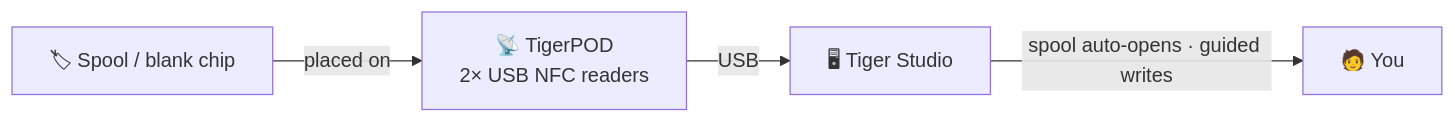
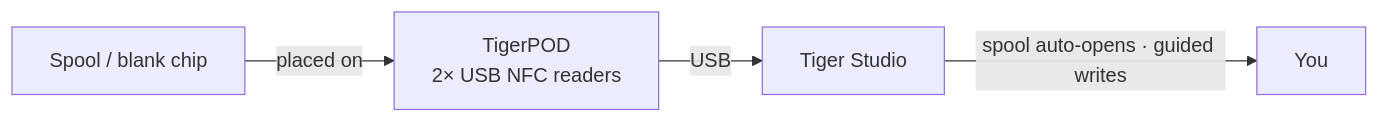
The diagram in docs/products/tigerpod.md (TigerTag-Project/TigerSystem-Docs), drawn with Mermaid before and after one commit. The commit also changed other lines of this file and 56 other files, not shown here.

````diff
--- a/docs/products/tigerpod.md
+++ b/docs/products/tigerpod.md
@@ -18,6 +18,6 @@
 ```mermaid
 flowchart LR
-    TAG["🏷 Spool / blank chip"] -- "placed on" --> POD["📡 TigerPOD<br/>2× USB NFC readers"]
-    POD -- "USB" --> ST["🖥 Tiger Studio"]
-    ST -- "spool auto-opens · guided writes" --> YOU["🧑 You"]
+  TAG["Spool / blank chip"] -- "placed on" --> POD["TigerPOD<br/>2× USB NFC readers"]
+  POD -- "USB" --> ST["Tiger Studio"]
+  ST -- "spool auto-opens · guided writes" --> YOU["You"]
 ```
````
